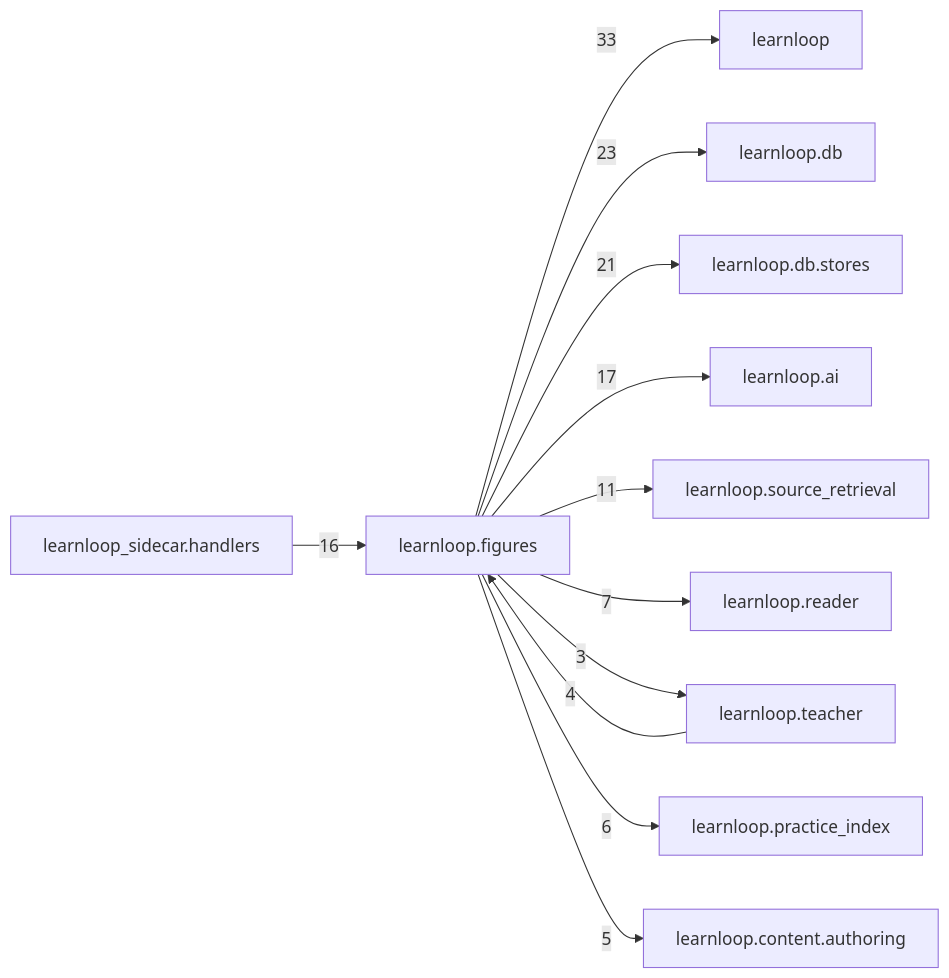
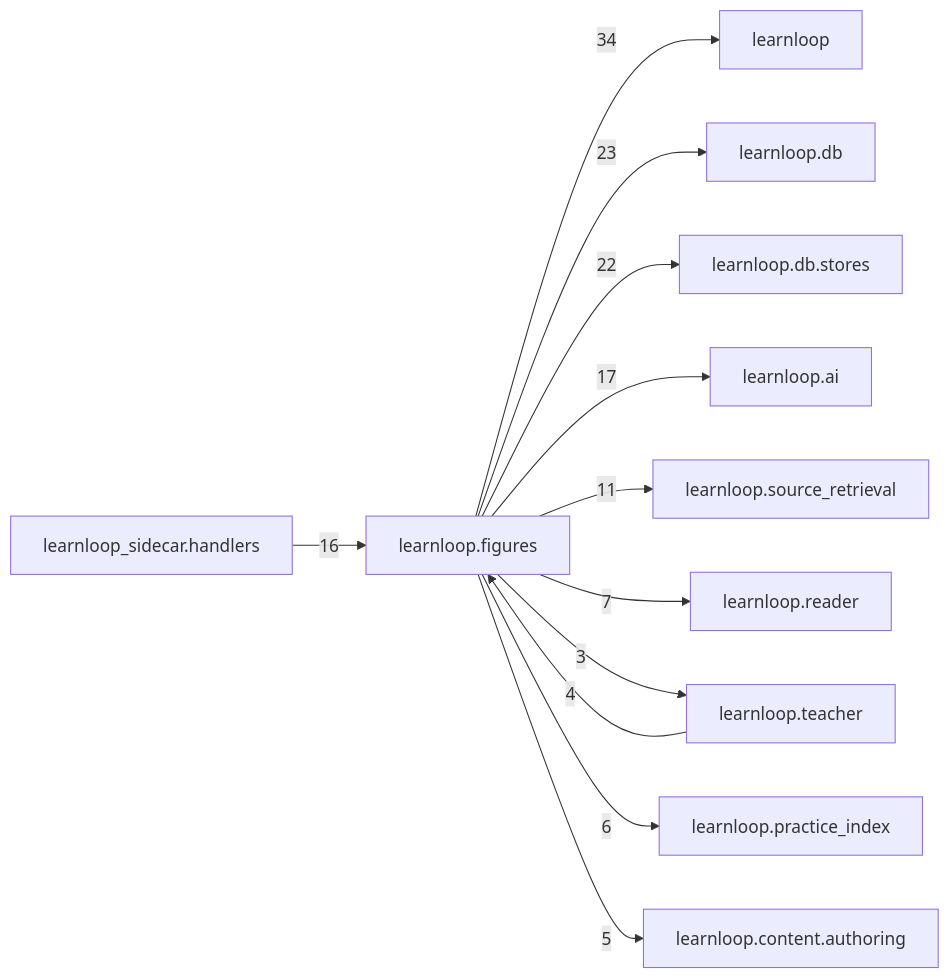
One commit to 6up-b/learnanything changed the diagram in docs/learnloop-architecture-vault/Reference/Modules/learnloop/figures/_package.md. Above: the diagram before and after it, drawn with Mermaid. The commit also changed other lines of this file and 315 other files, not shown here.

````diff
--- a/docs/learnloop-architecture-vault/Reference/Modules/learnloop/figures/_package.md
+++ b/docs/learnloop-architecture-vault/Reference/Modules/learnloop/figures/_package.md
@@ -142,25 +145,25 @@
 ```mermaid
 flowchart LR
     center["learnloop.figures"]
     n_learnloop["learnloop"]
     n_learnloop_db["learnloop.db"]
     n_learnloop_db_stores["learnloop.db.stores"]
     n_learnloop_ai["learnloop.ai"]
     n_learnloop_sidecar_handlers["learnloop_sidecar.handlers"]
     n_learnloop_source_retrieval["learnloop.source_retrieval"]
     n_learnloop_reader["learnloop.reader"]
     n_learnloop_teacher["learnloop.teacher"]
     n_learnloop_practice_index["learnloop.practice_index"]
     n_learnloop_content_authoring["learnloop.content.authoring"]
-    center -->|33| n_learnloop
+    center -->|34| n_learnloop
     center -->|23| n_learnloop_db
-    center -->|21| n_learnloop_db_stores
+    center -->|22| n_learnloop_db_stores
     center -->|17| n_learnloop_ai
     n_learnloop_sidecar_handlers -->|16| center
     center -->|11| n_learnloop_source_retrieval
     center -->|7| n_learnloop_reader
     n_learnloop_teacher -->|4| center
     center -->|3| n_learnloop_teacher
     center -->|6| n_learnloop_practice_index
     center -->|5| n_learnloop_content_authoring
 ```
````
